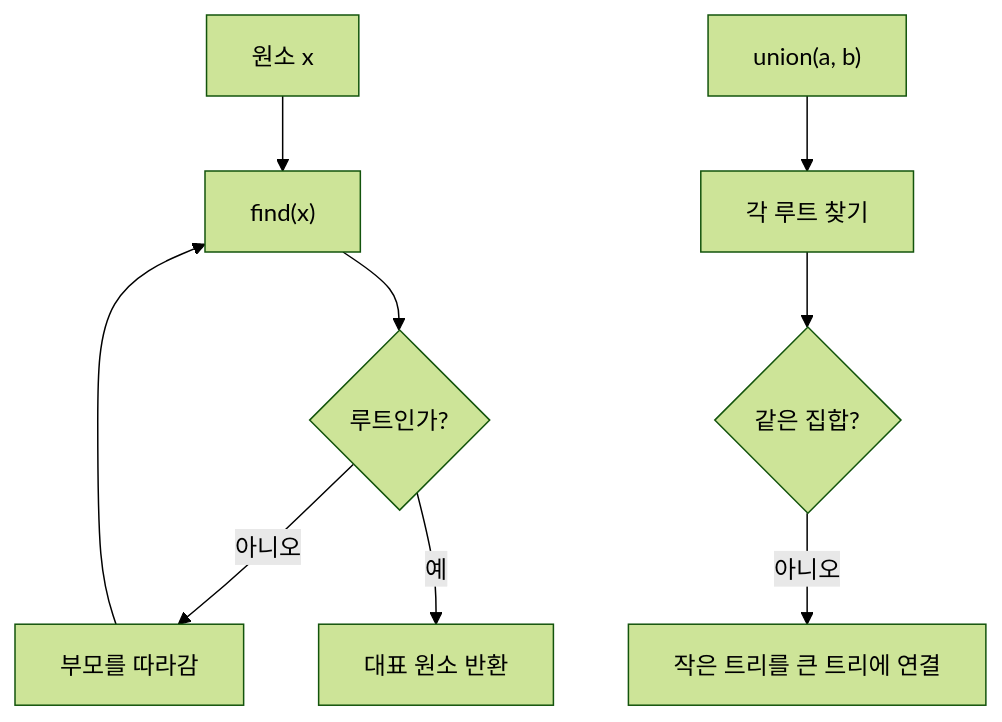
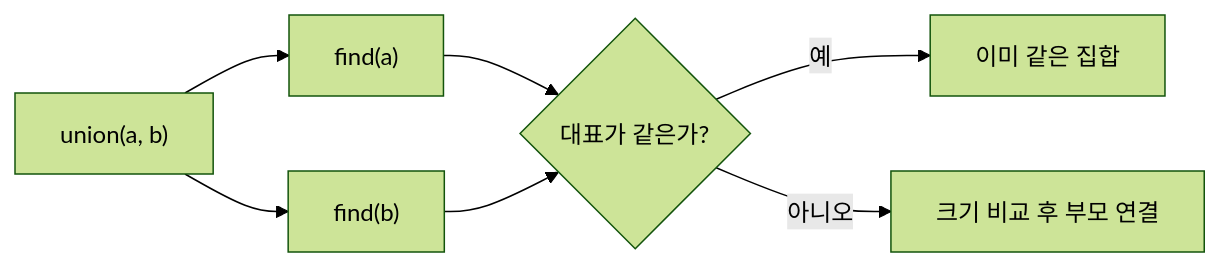
Before and after one commit to chicken8282/CS_TIL: the diagram in docs/cs/algorithms/2026-07-14-union-find.md, drawn with Mermaid (forest theme). The commit also changed other lines of this file and 8 other files, not shown here.

````diff
--- a/docs/cs/algorithms/2026-07-14-union-find.md
+++ b/docs/cs/algorithms/2026-07-14-union-find.md
@@ -40,11 +48,9 @@
 ```mermaid
-flowchart TD
-A[원소 x] --> B["find(x)"]
-B --> C{루트인가?}
-C -->|아니오| D[부모를 따라감]
-D --> B
-C -->|예| E[대표 원소 반환]
-F["union(a, b)"] --> G[각 루트 찾기]
-G --> H{같은 집합?}
-H -->|아니오| I[작은 트리를 큰 트리에 연결]
+flowchart LR
+    A["union(a, b)"] --> B["find(a)"]
+    A --> C["find(b)"]
+    B --> D{"대표가 같은가?"}
+    C --> D
+    D -->|예| E["이미 같은 집합"]
+    D -->|아니오| F["크기 비교 후 부모 연결"]
 ```
````
